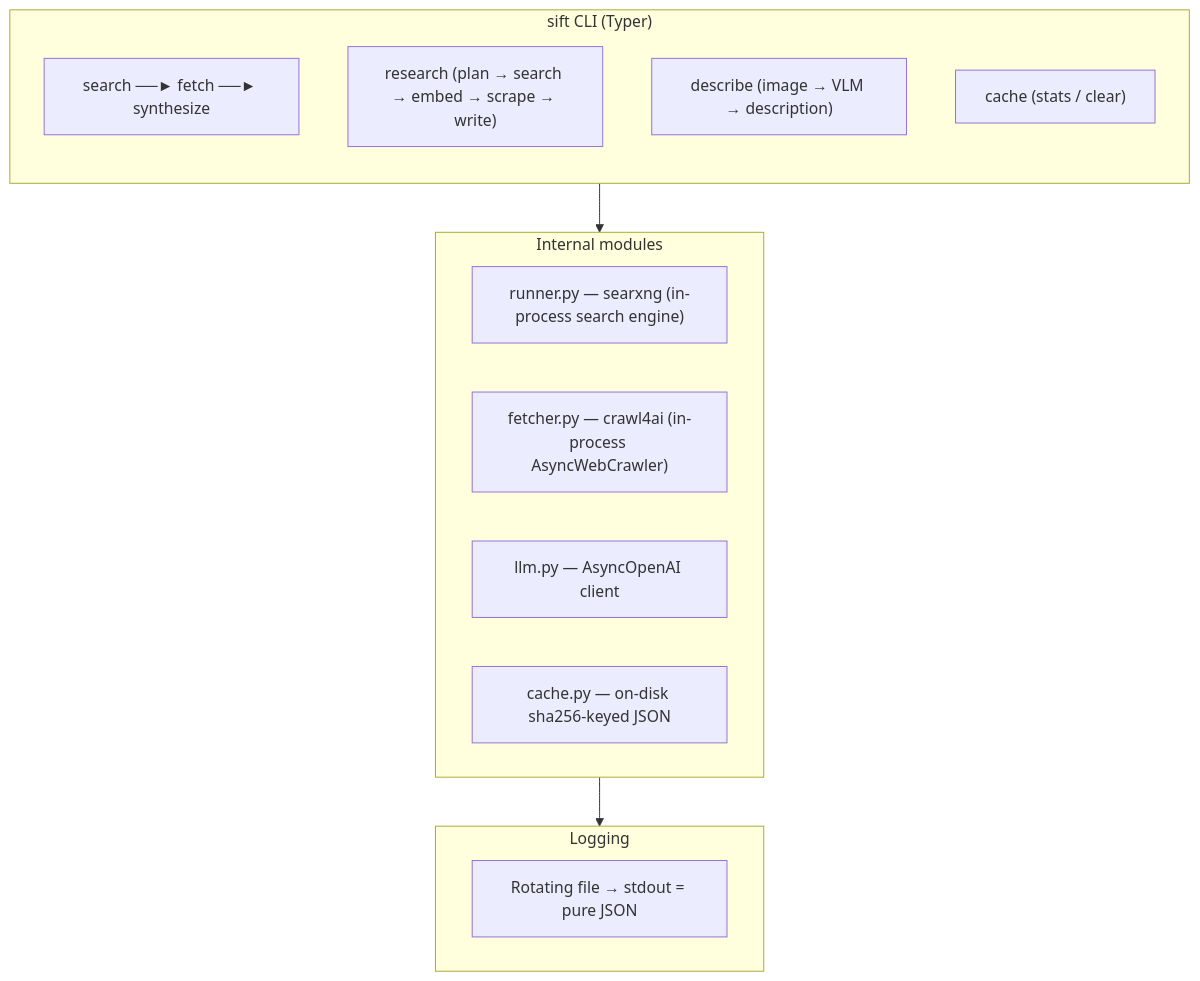
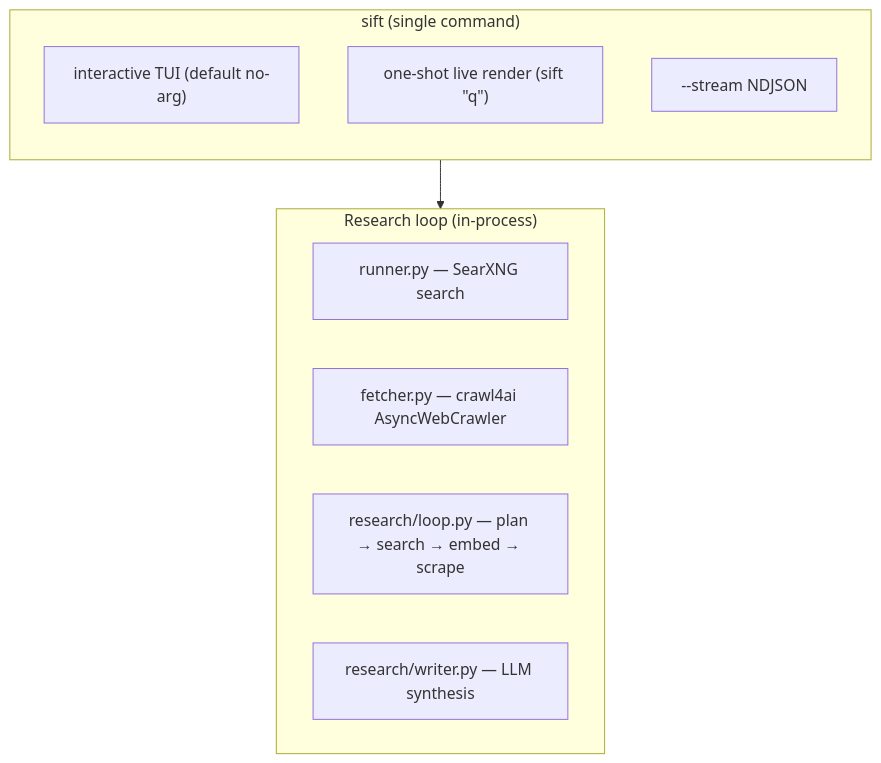
The diagram in skills/SKILL.md (roberthamel/sift), drawn with Mermaid before and after one commit. The commit also changed other lines of this file and 28 other files, not shown here.

````diff
--- a/skills/SKILL.md
+++ b/skills/SKILL.md
@@ -94,23 +95,18 @@
 ```mermaid
 flowchart TB
-    subgraph CLI["sift CLI (Typer)"]
+    subgraph CLI["sift (single command)"]
         direction TB
-        CMD1["search ──► fetch ──► synthesize"]
-        CMD2["research (plan → search → embed → scrape → write)"]
-        CMD3["describe (image → VLM → description)"]
-        CMD4["cache (stats / clear)"]
+        TUI["interactive TUI (default no-arg)"]
+        ONESHOT["one-shot live render (sift &quot;q&quot;)"]
+        STREAM["--stream NDJSON"]
     end
 
-    subgraph Modules["Internal modules"]
-        M1["runner.py — searxng (in-process search engine)"]
-        M2["fetcher.py — crawl4ai (in-process AsyncWebCrawler)"]
-        M3["llm.py — AsyncOpenAI client"]
-        M4["cache.py — on-disk sha256-keyed JSON"]
+    subgraph Loop["Research loop (in-process)"]
+        L1["runner.py — SearXNG search"]
+        L2["fetcher.py — crawl4ai AsyncWebCrawler"]
+        L3["research/loop.py — plan → search → embed → scrape"]
+        L4["research/writer.py — LLM synthesis"]
     end
 
-    subgraph Logging["Logging"]
-        LOG["Rotating file → stdout = pure JSON"]
-    end
-
-    CLI --> Modules --> Logging
+    CLI --> Loop
 ```
````
